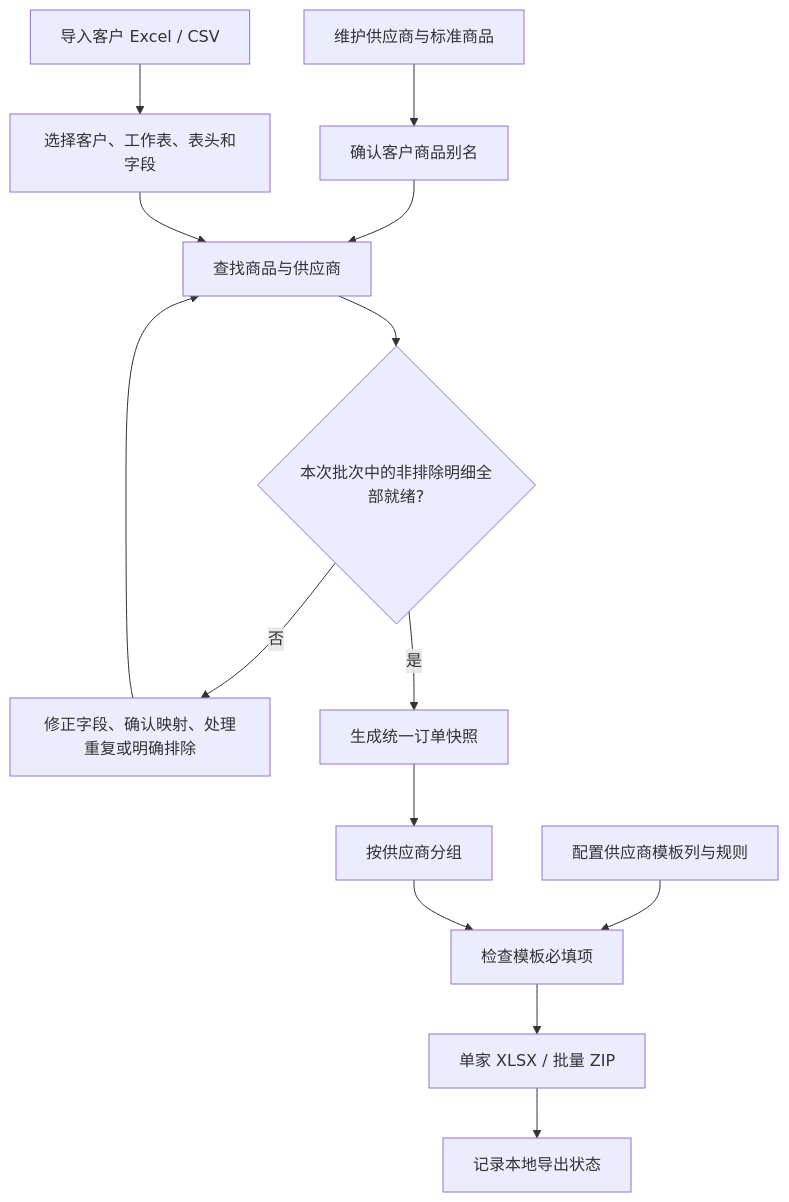
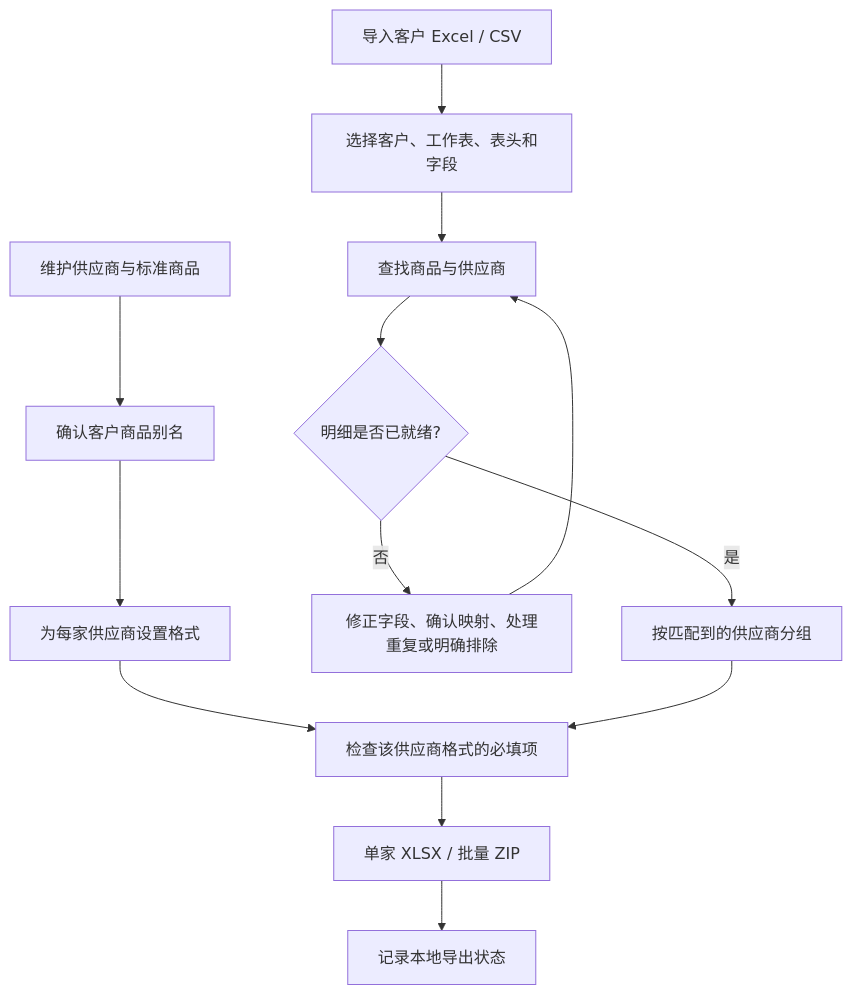
One commit to fengweiheaven/NewShop changed the diagram in docs/DEVELOPMENT.md. Above: the diagram before and after it, drawn with Mermaid. The commit also changed other lines of this file and 6 other files, not shown here.

````diff
--- a/docs/DEVELOPMENT.md
+++ b/docs/DEVELOPMENT.md
@@ -25,16 +24,15 @@
 ```mermaid
 flowchart TD
   A[维护供应商与标准商品] --> B[确认客户商品别名]
   C[导入客户 Excel / CSV] --> D[选择客户、工作表、表头和字段]
-  B --> E[查找商品与供应商]
-  D --> E
-  E --> F{本次批次中的非排除明细全部就绪?}
+  B --> J[为每家供应商设置格式]
+  D --> E[查找商品与供应商]
+  E --> F{明细是否已就绪?}
   F -- 否 --> G[修正字段、确认映射、处理重复或明确排除]
   G --> E
-  F -- 是 --> H[生成统一订单快照]
-  H --> I[按供应商分组]
-  J[配置供应商模板列与规则] --> K[检查模板必填项]
-  I --> K
+  F -- 是 --> H[按匹配到的供应商分组]
+  J --> K[检查该供应商格式的必填项]
+  H --> K
   K --> L[单家 XLSX / 批量 ZIP]
   L --> M[记录本地导出状态]
 ```
````
